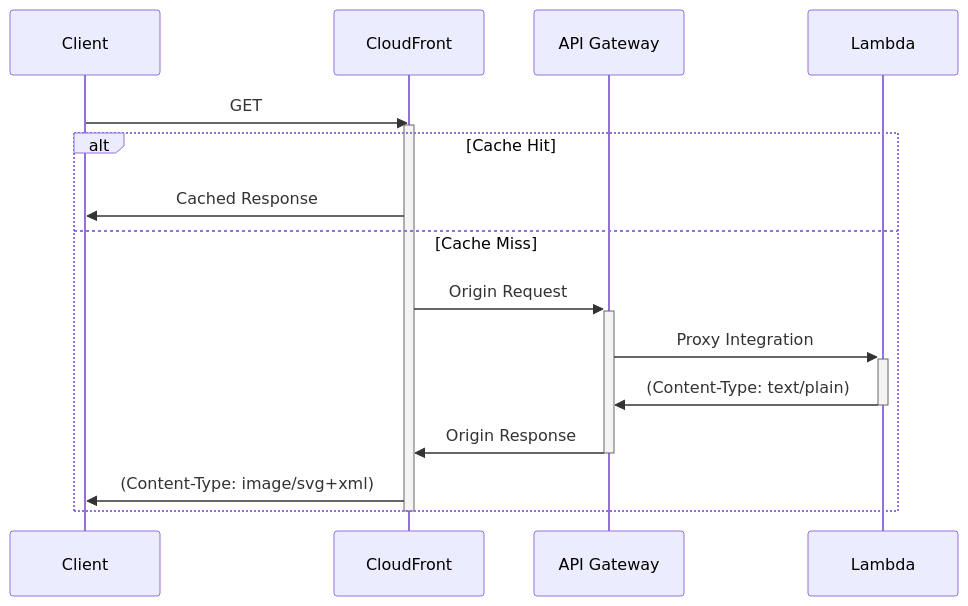
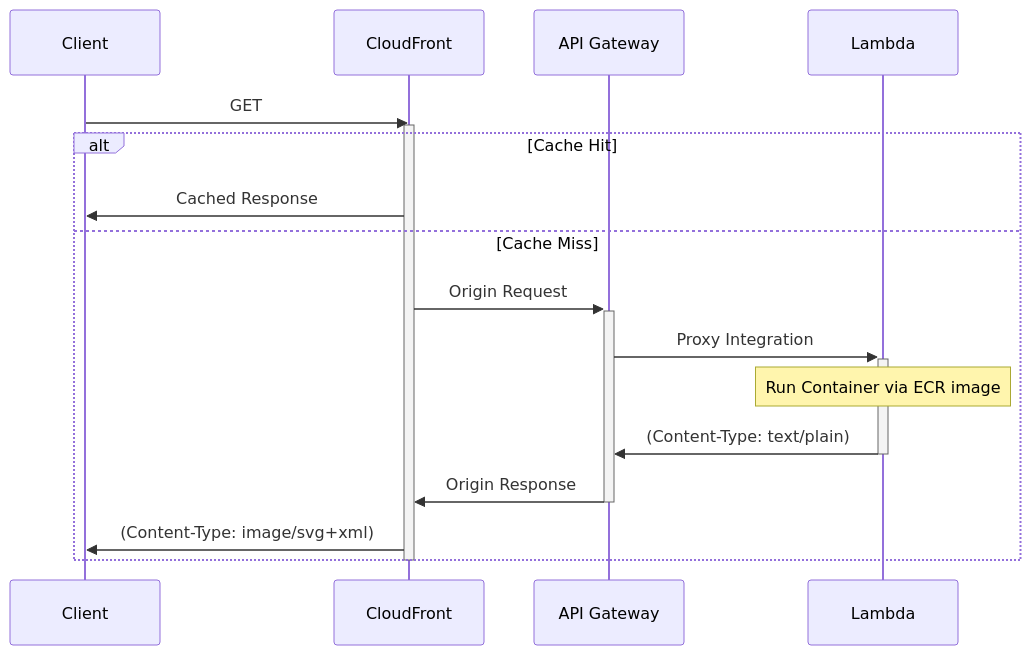
Before and after one commit to thiskevinwang/public-docs: the third of 3 diagrams in wiki/meta/mermaid.mdx, drawn with Mermaid.

Commit message:
sequence diagram note

````diff
--- a/wiki/meta/mermaid.mdx
+++ b/wiki/meta/mermaid.mdx
@@ -80,20 +80,21 @@
 ```mermaid
 sequenceDiagram
     participant CL as Client
     participant CF as CloudFront
     participant AGW as API Gateway
     participant LM as Lambda
 
     CL->>CF: GET
     activate CF
     alt Cache Hit
         CF->>CL: Cached Response
     else Cache Miss
         CF->>+AGW: Origin Request
         AGW->>+LM: Proxy Integration
+        Note over LM: Run Container via ECR image
         LM->>-AGW: (Content-Type: text/plain)
         AGW->>-CF: Origin Response
         CF->>CL: (Content-Type: image/svg+xml)
     end
     deactivate CF
 ```
````
